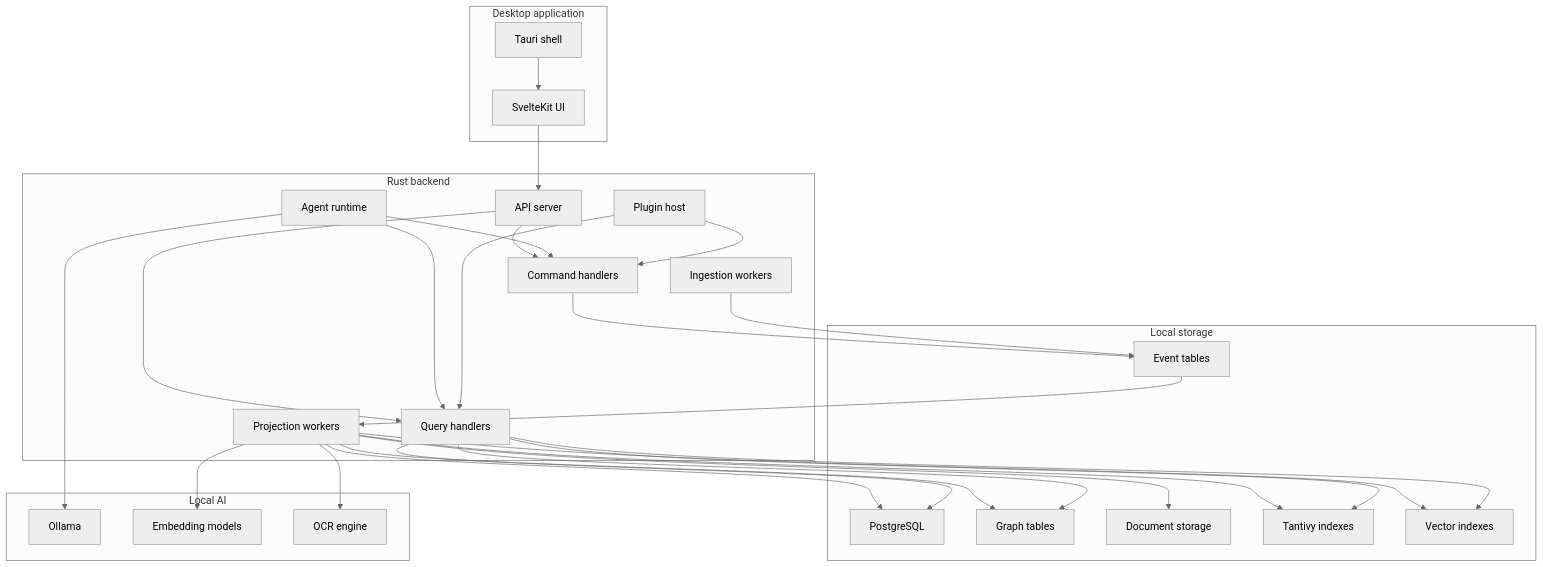
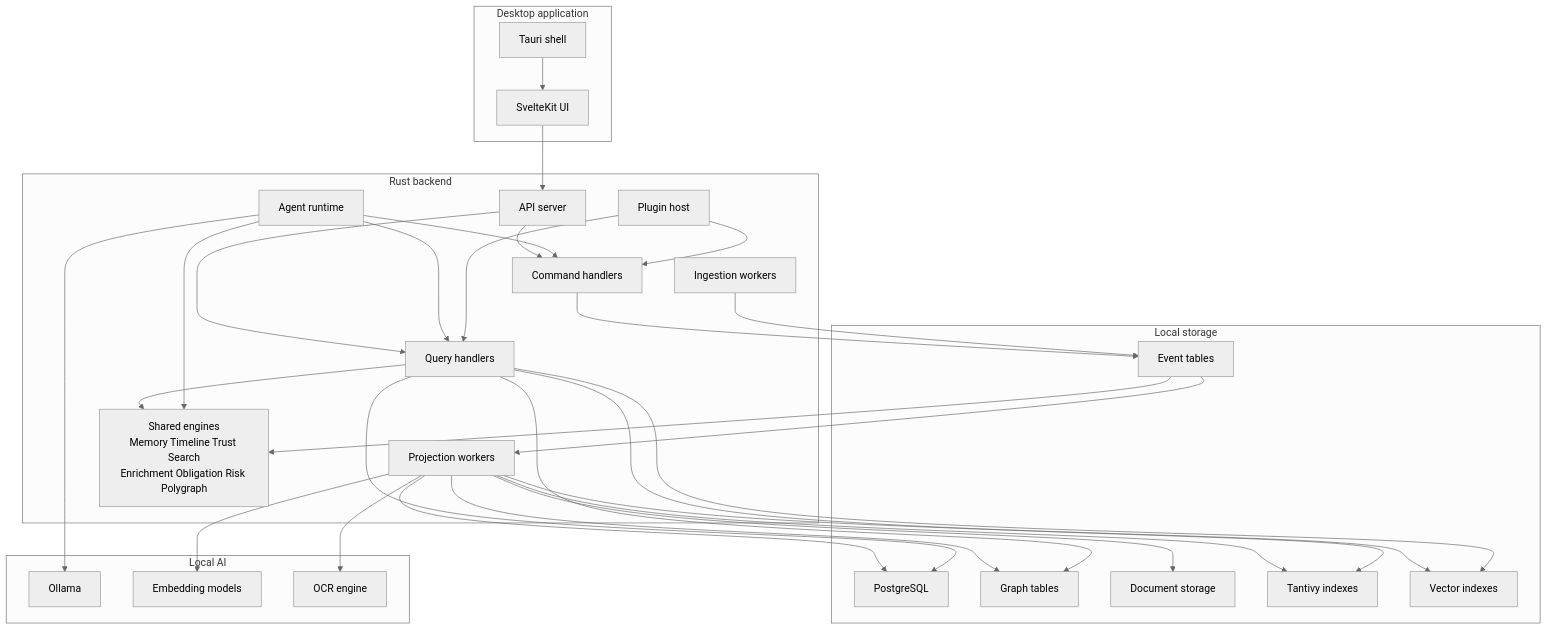
The diagram in docs/architecture/container-diagram.md (Mesteriis/hermes-os), drawn with Mermaid (neutral theme) before and after one commit. The commit also changed other lines of this file and 110 other files, not shown here.

````diff
--- a/docs/architecture/container-diagram.md
+++ b/docs/architecture/container-diagram.md
@@ -5,56 +5,60 @@
 ```mermaid
 flowchart TB
     subgraph Desktop["Desktop application"]
         Tauri["Tauri shell"]
         Svelte["SvelteKit UI"]
     end
 
     subgraph Backend["Rust backend"]
         API["API server"]
         Commands["Command handlers"]
         Queries["Query handlers"]
         Ingestion["Ingestion workers"]
         Projectors["Projection workers"]
+        Engines["Shared engines\nMemory Timeline Trust Search\nEnrichment Obligation Risk Polygraph"]
         AgentRuntime["Agent runtime"]
         PluginHost["Plugin host"]
     end
 
     subgraph Storage["Local storage"]
         Postgres["PostgreSQL"]
         EventLog["Event tables"]
         Graph["Graph tables"]
         ObjectStore["Document storage"]
         Tantivy["Tantivy indexes"]
         Vector["Vector indexes"]
     end
 
     subgraph AI["Local AI"]
         Ollama["Ollama"]
         Embeddings["Embedding models"]
         OCR["OCR engine"]
     end
 
     Tauri --> Svelte
     Svelte --> API
     API --> Commands
     API --> Queries
     Commands --> EventLog
     Ingestion --> EventLog
     EventLog --> Projectors
+    EventLog --> Engines
     Projectors --> Postgres
     Projectors --> Graph
     Projectors --> ObjectStore
     Projectors --> Tantivy
     Projectors --> Vector
     Queries --> Postgres
     Queries --> Graph
     Queries --> Tantivy
     Queries --> Vector
+    Queries --> Engines
     AgentRuntime --> Queries
     AgentRuntime --> Commands
     AgentRuntime --> Ollama
+    AgentRuntime --> Engines
     Projectors --> Embeddings
     Projectors --> OCR
     PluginHost --> Commands
     PluginHost --> Queries
 ```
````
